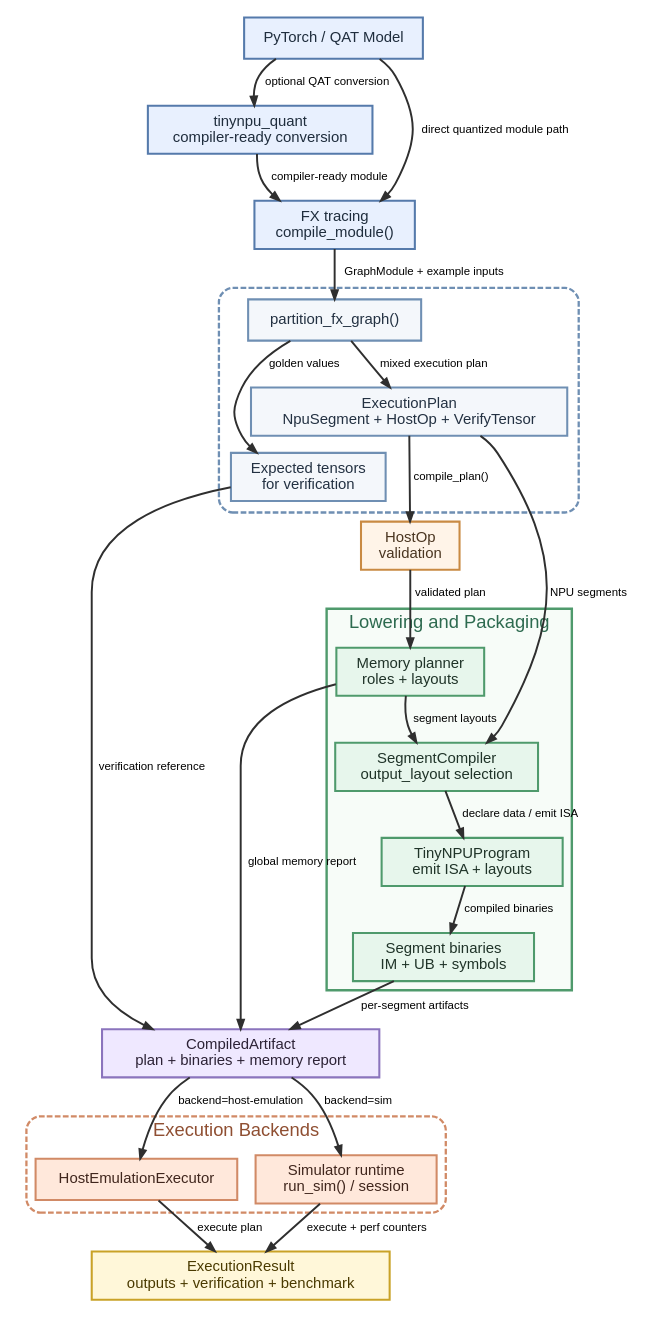
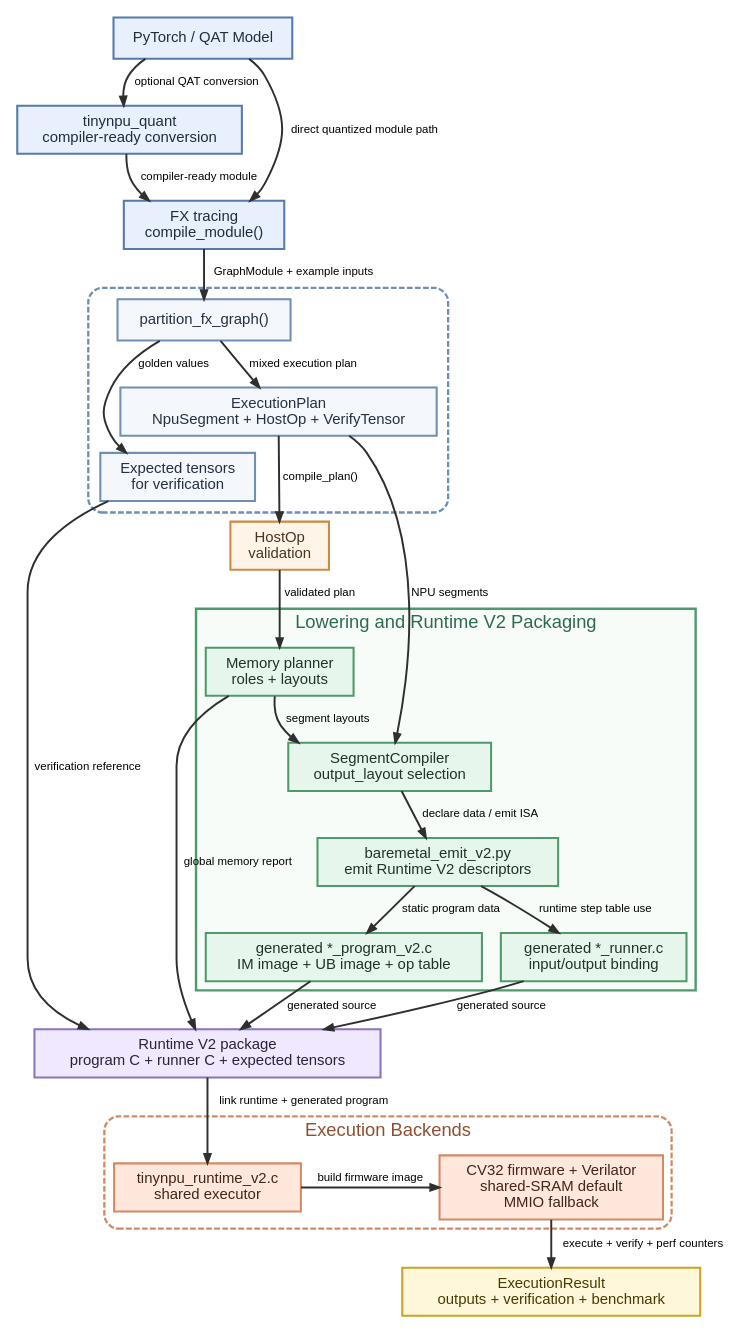
One commit to firatkizilboga/TinyNPU changed the diagram in report/diagrams/compiler_stack.dot. Above: the diagram before and after it, drawn with Graphviz. The commit also changed 9 other files, not shown here.

Commit message:
report: refresh Runtime V2 system diagrams and fair INT16 run analysis

```diff
--- a/report/diagrams/compiler_stack.dot
+++ b/report/diagrams/compiler_stack.dot
@@ -1,108 +1,110 @@
 digraph TinyNPUCompilerStack {
     graph [
         rankdir=TB,
         newrank=true,
         splines=true,
         pad=0.1,
         nodesep=0.22,
         ranksep=0.4,
         bgcolor="white",
         fontname="Helvetica",
         fontsize=18
     ];
 
     node [
         shape=box,
         style="filled",
         fontname="Helvetica",
         fontsize=13,
         penwidth=1.8,
         margin="0.14,0.10"
     ];
 
     edge [
         fontname="Helvetica",
         fontsize=10,
         color="#2f2f2f",
         penwidth=1.7,
         arrowsize=0.8
     ];
 
     Model [label="PyTorch / QAT Model", fillcolor="#E8F0FE", color="#557AAB", fontcolor="#1f2d3d"];
     Quant [label="tinynpu_quant\ncompiler-ready conversion", fillcolor="#E8F0FE", color="#557AAB", fontcolor="#1f2d3d"];
     FX [label="FX tracing\ncompile_module()", fillcolor="#E8F0FE", color="#557AAB", fontcolor="#1f2d3d"];
 
     subgraph cluster_partition {
         label="";
         color="#6F8FB3";
         penwidth=2.0;
         style="rounded,dashed";
         fillcolor="white";
         fontcolor="#355C7D";
         fontsize=16;
         margin="10,12";
 
         Partition [label="partition_fx_graph()", fillcolor="#F4F7FB", color="#6F8FB3", fontcolor="#233142"];
         Plan [label="ExecutionPlan\nNpuSegment + HostOp + VerifyTensor", fillcolor="#F4F7FB", color="#6F8FB3", fontcolor="#233142", width=2.7];
         Expected [label="Expected tensors\nfor verification", fillcolor="#F4F7FB", color="#6F8FB3", fontcolor="#233142"];
     }
 
     Validate [label="HostOp\nvalidation", fillcolor="#FFF4E8", color="#C98A43", fontcolor="#4A3520"];
 
     subgraph cluster_lowering {
-        label="Lowering and Packaging";
+        label="Lowering and Runtime V2 Packaging";
         color="#4F9A6C";
         penwidth=2.1;
         style="filled";
         fillcolor="#F7FCF8";
         fontcolor="#2D6A4F";
         fontsize=16;
 
         Planner [label="Memory planner\nroles + layouts", fillcolor="#E7F6EC", color="#4F9A6C", fontcolor="#1f3328"];
         Compiler [label="SegmentCompiler\noutput_layout selection", fillcolor="#E7F6EC", color="#4F9A6C", fontcolor="#1f3328"];
-        Program [label="TinyNPUProgram\nemit ISA + layouts", fillcolor="#E7F6EC", color="#4F9A6C", fontcolor="#1f3328", width=2.2];
-        Segment [label="Segment binaries\nIM + UB + symbols", fillcolor="#E7F6EC", color="#4F9A6C", fontcolor="#1f3328", width=2.2];
+        Program [label="baremetal_emit_v2.py\nemit Runtime V2 descriptors", fillcolor="#E7F6EC", color="#4F9A6C", fontcolor="#1f3328", width=2.4];
+        Segment [label="generated *_program_v2.c\nIM image + UB image + op table", fillcolor="#E7F6EC", color="#4F9A6C", fontcolor="#1f3328", width=2.5];
+        Runner [label="generated *_runner.c\ninput/output binding", fillcolor="#E7F6EC", color="#4F9A6C", fontcolor="#1f3328"];
     }
 
-    Artifact [label="CompiledArtifact\nplan + binaries + memory report", fillcolor="#EFE8FF", color="#8B74BD", fontcolor="#2C2236", width=2.4];
+    Artifact [label="Runtime V2 package\nprogram C + runner C + expected tensors", fillcolor="#EFE8FF", color="#8B74BD", fontcolor="#2C2236", width=2.6];
 
     subgraph cluster_runtime {
         label="Execution Backends";
         color="#D18A66";
         penwidth=2.0;
         style="rounded,dashed";
         fillcolor="white";
         fontcolor="#8F4F32";
         fontsize=16;
 
-        HostExec [label="HostEmulationExecutor", fillcolor="#FFE8DB", color="#D18A66", fontcolor="#40261d", width=2.2];
-        SimExec [label="Simulator runtime\nrun_sim() / session", fillcolor="#FFE8DB", color="#D18A66", fontcolor="#40261d", width=2.2];
+        HostExec [label="tinynpu_runtime_v2.c\nshared executor", fillcolor="#FFE8DB", color="#D18A66", fontcolor="#40261d", width=2.2];
+        SimExec [label="CV32 firmware + Verilator\nshared-SRAM default\nMMIO fallback", fillcolor="#FFE8DB", color="#D18A66", fontcolor="#40261d", width=2.4];
     }
 
     Result [label="ExecutionResult\noutputs + verification + benchmark", fillcolor="#FFF7D9", color="#C9A227", fontcolor="#4A3A00", width=2.2];
 
     { rank=same; HostExec; SimExec; }
 
     Model -> Quant [label="optional QAT conversion"];
     Quant -> FX [label="compiler-ready module"];
     Model -> FX [label="direct quantized module path"];
 
     FX -> Partition [label="GraphModule + example inputs"];
     Partition -> Plan [label="mixed execution plan"];
     Partition -> Expected [label="golden values"];
 
     Plan -> Validate [label="compile_plan()"];
     Validate -> Planner [label="validated plan"];
     Planner -> Compiler [label="segment layouts"];
     Plan -> Compiler [label="NPU segments"];
     Compiler -> Program [label="declare data / emit ISA"];
-    Program -> Segment [label="compiled binaries"];
-    Segment -> Artifact [label="per-segment artifacts"];
+    Program -> Segment [label="static program data"];
+    Program -> Runner [label="runtime step table use"];
+    Segment -> Artifact [label="generated source"];
+    Runner -> Artifact [label="generated source"];
     Expected -> Artifact [label="verification reference"];
     Planner -> Artifact [label="global memory report"];
 
-    Artifact -> HostExec [label="backend=host-emulation"];
-    Artifact -> SimExec [label="backend=sim"];
-    HostExec -> Result [label="execute plan"];
-    SimExec -> Result [label="execute + perf counters"];
+    Artifact -> HostExec [label="link runtime + generated program"];
+    HostExec -> SimExec [label="build firmware image"];
+    SimExec -> Result [label="execute + verify + perf counters"];
 }
```
